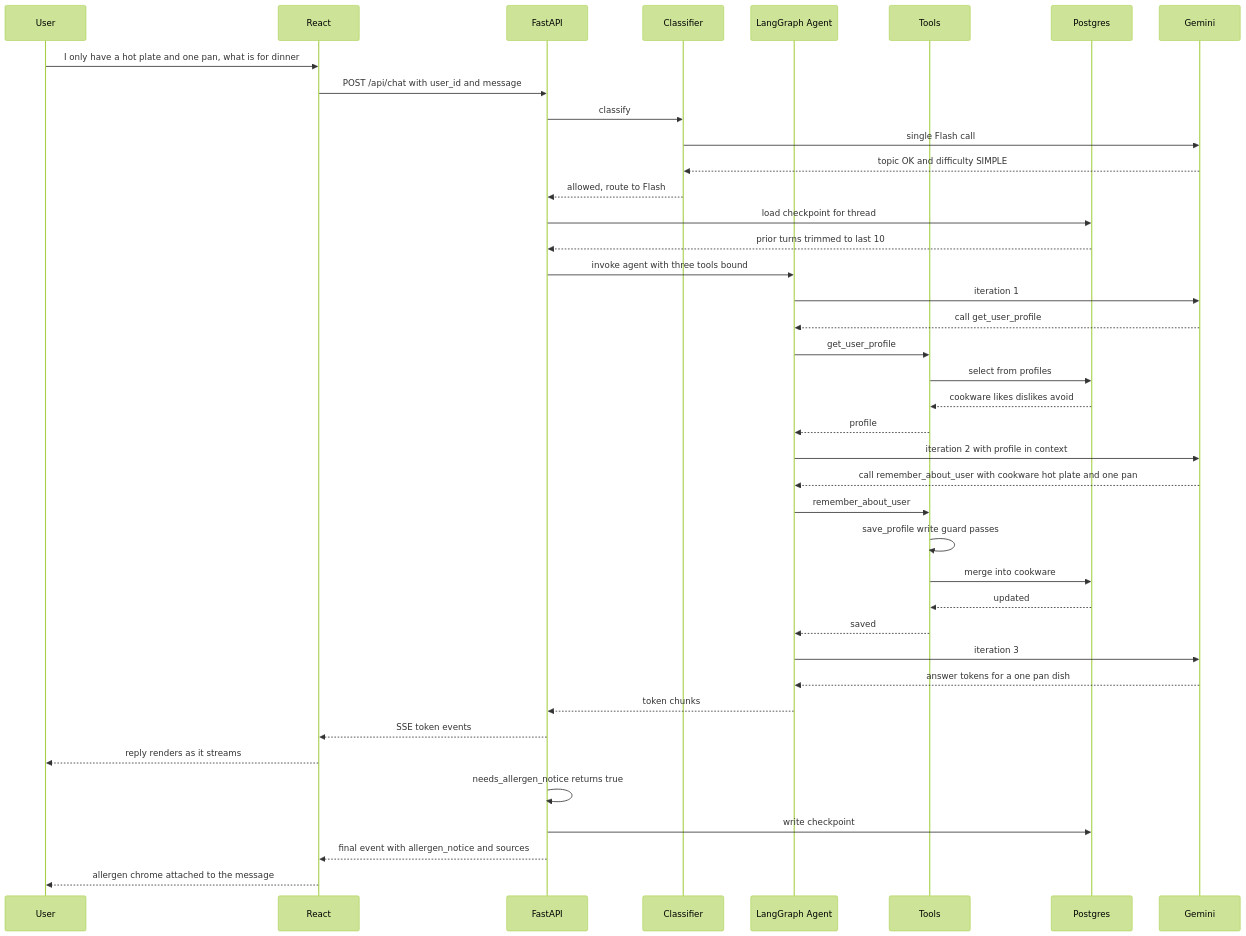
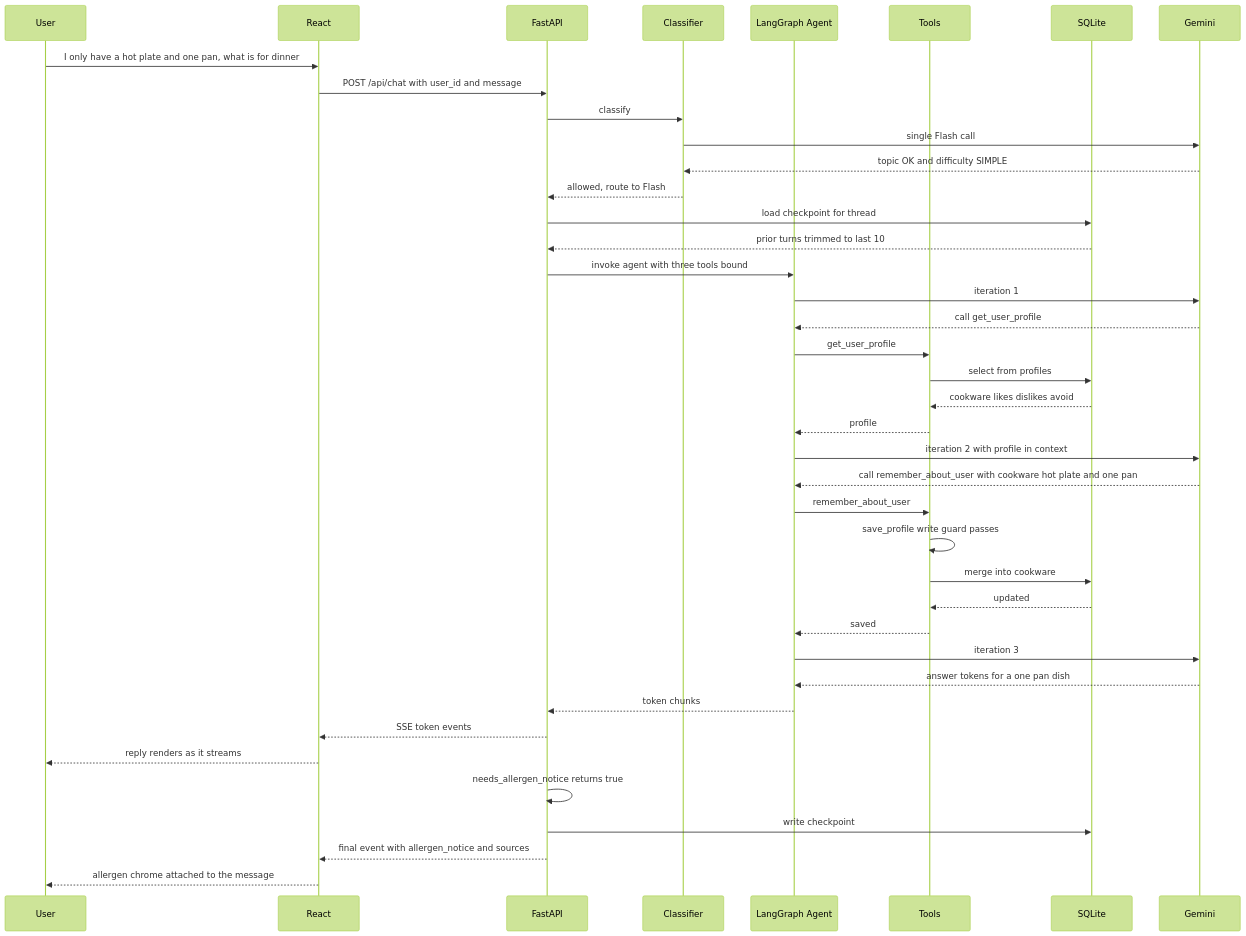
Before and after one commit to MuradAles/PantryPal: the fifth of 5 diagrams in ARCHITECTURE.md, drawn with Mermaid (forest theme). The commit also changed other lines of this file and 9 other files, not shown here.

````diff
--- a/ARCHITECTURE.md
+++ b/ARCHITECTURE.md
@@ -151,47 +151,47 @@
 ```mermaid
 sequenceDiagram
     participant U as User
     participant R as React
     participant F as FastAPI
     participant C as Classifier
     participant A as LangGraph Agent
     participant T as Tools
-    participant P as Postgres
+    participant P as SQLite
     participant G as Gemini
 
     U->>R: I only have a hot plate and one pan, what is for dinner
     R->>F: POST /api/chat with user_id and message
     F->>C: classify
     C->>G: single Flash call
     G-->>C: topic OK and difficulty SIMPLE
     C-->>F: allowed, route to Flash
     F->>P: load checkpoint for thread
     P-->>F: prior turns trimmed to last 10
     F->>A: invoke agent with three tools bound
 
     A->>G: iteration 1
     G-->>A: call get_user_profile
     A->>T: get_user_profile
     T->>P: select from profiles
     P-->>T: cookware likes dislikes avoid
     T-->>A: profile
 
     A->>G: iteration 2 with profile in context
     G-->>A: call remember_about_user with cookware hot plate and one pan
     A->>T: remember_about_user
     T->>T: save_profile write guard passes
     T->>P: merge into cookware
     P-->>T: updated
     T-->>A: saved
 
     A->>G: iteration 3
     G-->>A: answer tokens for a one pan dish
     A-->>F: token chunks
     F-->>R: SSE token events
     R-->>U: reply renders as it streams
 
     F->>F: needs_allergen_notice returns true
     F->>P: write checkpoint
     F-->>R: final event with allergen_notice and sources
     R-->>U: allergen chrome attached to the message
 ```
````
